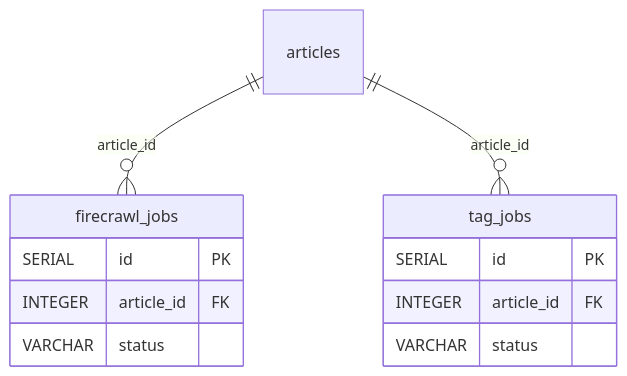
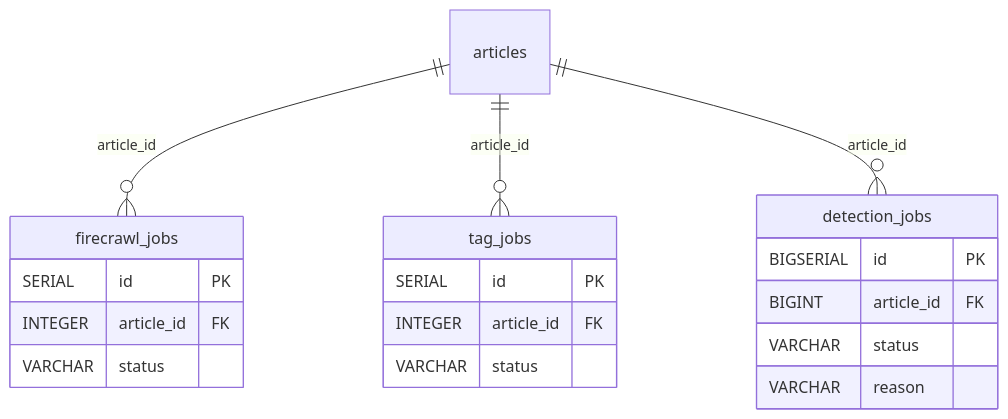
One commit to ZanebonoAlter/Syntopica changed the diagram in docs/reference/database/tables/job-queues.md. Above: the diagram before and after it, drawn with Mermaid. The commit also changed other lines of this file and 169 other files, not shown here.

First line of the commit message:
feat(detection): 文章级 AI 生成疑似度判定 + 四处标记与日报降权（add-ai-generated-article-detection）

````diff
--- a/docs/reference/database/tables/job-queues.md
+++ b/docs/reference/database/tables/job-queues.md
@@ -58,18 +79,25 @@
 ```mermaid
 erDiagram
     articles ||--o{ firecrawl_jobs : "article_id"
     articles ||--o{ tag_jobs : "article_id"
+    articles ||--o{ detection_jobs : "article_id"
 
     articles {
     }
     firecrawl_jobs {
         SERIAL id PK
         INTEGER article_id FK
         VARCHAR status
     }
     tag_jobs {
         SERIAL id PK
         INTEGER article_id FK
         VARCHAR status
     }
+    detection_jobs {
+        BIGSERIAL id PK
+        BIGINT article_id FK
+        VARCHAR status
+        VARCHAR reason
+    }
 ```
````
